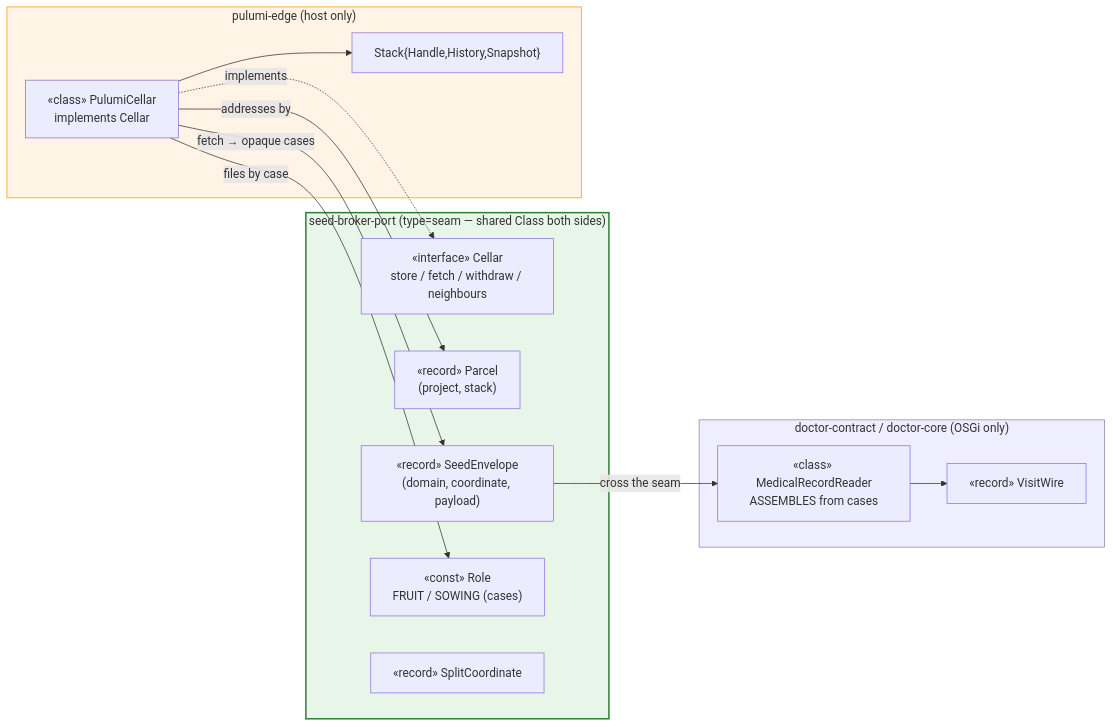
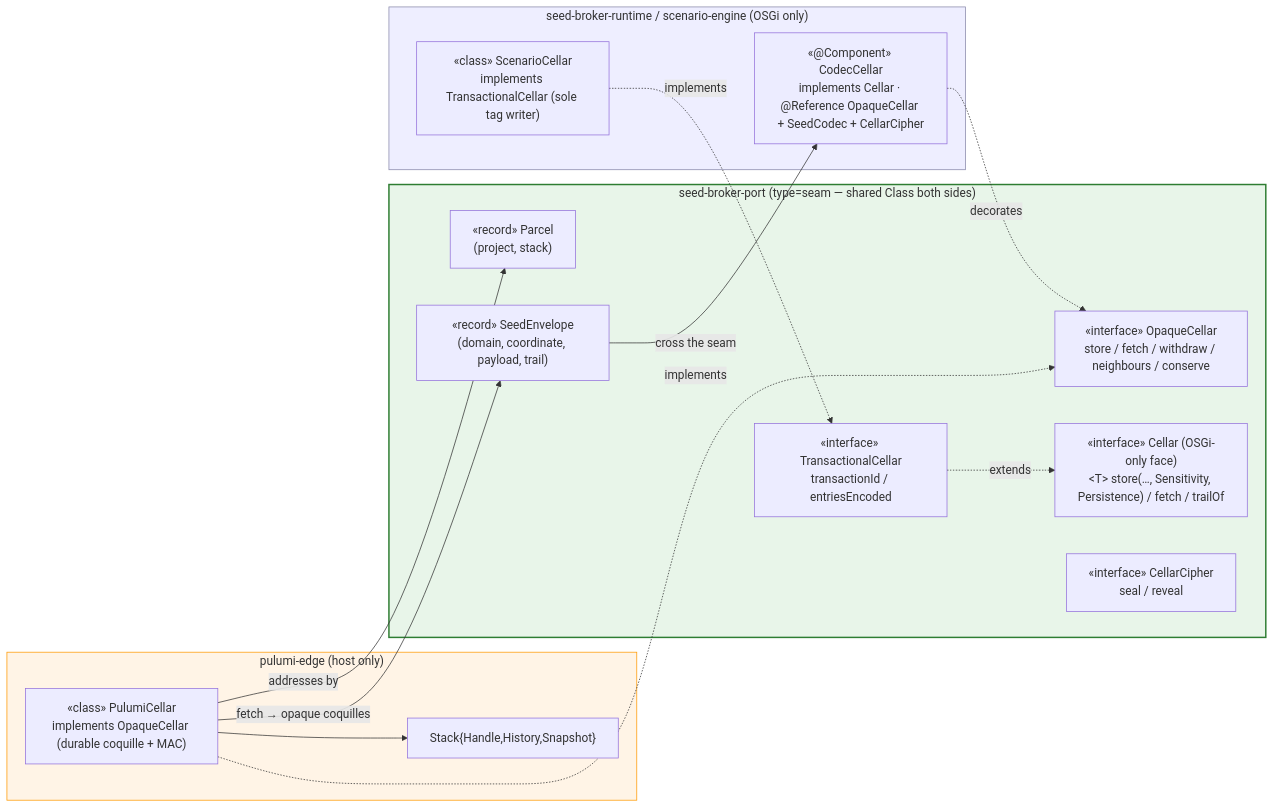
Before and after one commit to nxmatic/rke2lab: the third of 6 diagrams in docs/architecture/osgi/host-cellar-realisation-spec.adoc, drawn with Mermaid. The commit also changed other lines of this file and 35 other files, not shown here.

```diff
--- a/docs/architecture/osgi/host-cellar-realisation-spec.adoc
+++ b/docs/architecture/osgi/host-cellar-realisation-spec.adoc
@@ -180,30 +213,32 @@
 [mermaid]
 ----
 flowchart LR
   subgraph seam["seed-broker-port (type=seam — shared Class both sides)"]
-    Cellar["«interface» Cellar<br/>store / fetch / withdraw / neighbours"]
+    Opaque["«interface» OpaqueCellar<br/>store / fetch / withdraw / neighbours / conserve"]
     Parcel["«record» Parcel<br/>(project, stack)"]
-    Envelope["«record» SeedEnvelope<br/>(domain, coordinate, payload)"]
-    Role["«const» Role<br/>FRUIT / SOWING (cases)"]
-    Split["«record» SplitCoordinate"]
+    Envelope["«record» SeedEnvelope<br/>(domain, coordinate, payload, trail)"]
+    Cellar["«interface» Cellar (OSGi-only face)<br/>&lt;T&gt; store(…, Sensitivity, Persistence) / fetch / trailOf"]
+    TxCellar["«interface» TransactionalCellar<br/>transactionId / entriesEncoded"]
+    Cipher["«interface» CellarCipher<br/>seal / reveal"]
   end
   subgraph hostcode["pulumi-edge (host only)"]
-    Impl["«class» PulumiCellar<br/>implements Cellar"]
+    Impl["«class» PulumiCellar<br/>implements OpaqueCellar (durable coquille + MAC)"]
     Stack["Stack{Handle,History,Snapshot}"]
     Impl --> Stack
-    Impl -.implements.-> Cellar
+    Impl -.implements.-> Opaque
   end
-  subgraph doctorcode["doctor-contract / doctor-core (OSGi only)"]
-    VisitWire["«record» VisitWire"]
-    Reader["«class» MedicalRecordReader<br/>ASSEMBLES from cases"]
-    Reader --> VisitWire
+  subgraph osgicode["seed-broker-runtime / scenario-engine (OSGi only)"]
+    Codec["«@Component» CodecCellar<br/>implements Cellar · @Reference OpaqueCellar + SeedCodec + CellarCipher"]
+    Scenario["«class» ScenarioCellar<br/>implements TransactionalCellar (sole tag writer)"]
+    Codec -.decorates.-> Opaque
+    Scenario -.implements.-> TxCellar
   end
-  Impl -->|"fetch → opaque cases"| Envelope
-  Envelope -->|"cross the seam"| Reader
+  Impl -->|"fetch → opaque coquilles"| Envelope
+  Envelope -->|"cross the seam"| Codec
   Impl -->|"addresses by"| Parcel
-  Impl -->|"files by case"| Role
+  TxCellar -.extends.-> Cellar
 
   style seam fill:#e8f5e9,stroke:#2e7d32,stroke-width:2px
   style hostcode fill:#fff4e6,stroke:#ff9900
-  style doctorcode fill:#eef,stroke:#88a
+  style osgicode fill:#eef,stroke:#88a
 ----
```
